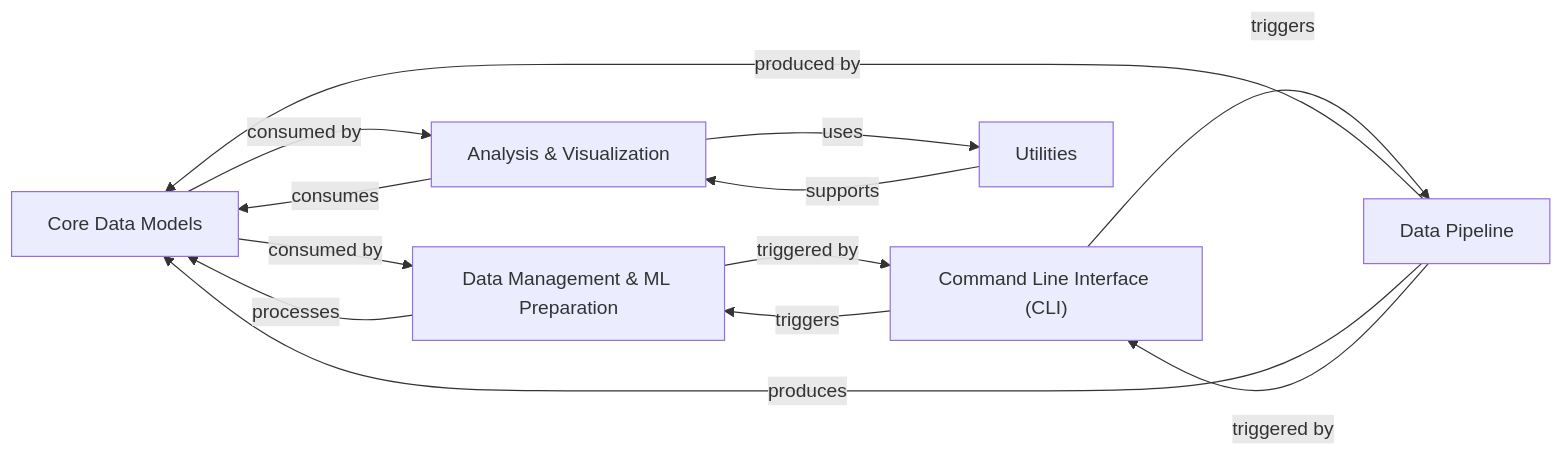
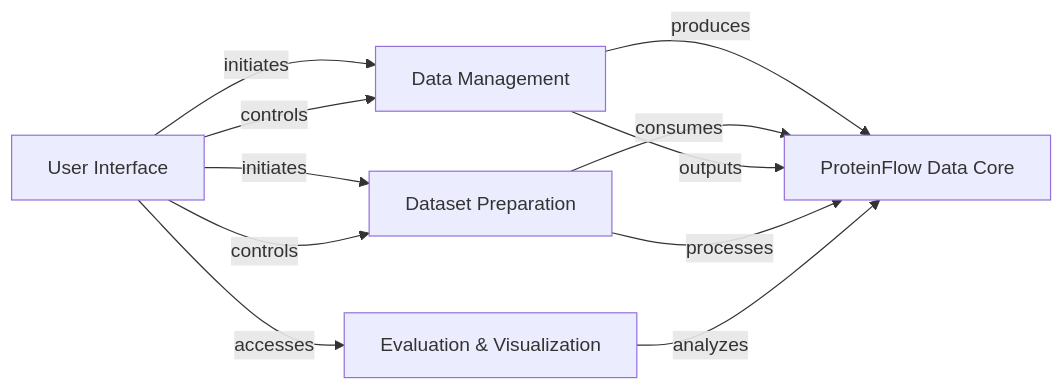
One commit to CodeBoarding/GeneratedOnBoardings changed the diagram in ProteinFlow/on_boarding.md. Above: the diagram before and after it, drawn with Mermaid. The commit also changed other lines of this file and 9 other files, not shown here.

Commit message:
Uploading onboarding materials for ProteinFlow

````diff
--- a/ProteinFlow/on_boarding.md
+++ b/ProteinFlow/on_boarding.md
@@ -1,26 +1,22 @@
 ```mermaid
 graph LR
-    Core_Data_Models["Core Data Models"]
-    Data_Pipeline["Data Pipeline"]
-    Data_Management_ML_Preparation["Data Management & ML Preparation"]
-    Analysis_Visualization["Analysis & Visualization"]
-    Command_Line_Interface_CLI_["Command Line Interface (CLI)"]
-    Utilities["Utilities"]
-    Data_Pipeline -- "produced by" --> Core_Data_Models
-    Core_Data_Models -- "consumed by" --> Data_Management_ML_Preparation
-    Core_Data_Models -- "consumed by" --> Analysis_Visualization
-    Data_Pipeline -- "produces" --> Core_Data_Models
-    Data_Pipeline -- "triggered by" --> Command_Line_Interface_CLI_
-    Data_Management_ML_Preparation -- "processes" --> Core_Data_Models
-    Data_Management_ML_Preparation -- "triggered by" --> Command_Line_Interface_CLI_
-    Analysis_Visualization -- "consumes" --> Core_Data_Models
-    Analysis_Visualization -- "uses" --> Utilities
-    Command_Line_Interface_CLI_ -- "triggers" --> Data_Pipeline
-    Command_Line_Interface_CLI_ -- "triggers" --> Data_Management_ML_Preparation
-    Utilities -- "supports" --> Analysis_Visualization
-    click Core_Data_Models href "https://github.com/CodeBoarding/GeneratedOnBoardings/blob/main//ProteinFlow/Core_Data_Models.md" "Details"
-    click Data_Pipeline href "https://github.com/CodeBoarding/GeneratedOnBoardings/blob/main//ProteinFlow/Data_Pipeline.md" "Details"
-    click Data_Management_ML_Preparation href "https://github.com/CodeBoarding/GeneratedOnBoardings/blob/main//ProteinFlow/Data_Management_ML_Preparation.md" "Details"
-    click Analysis_Visualization href "https://github.com/CodeBoarding/GeneratedOnBoardings/blob/main//ProteinFlow/Analysis_Visualization.md" "Details"
-    click Command_Line_Interface_CLI_ href "https://github.com/CodeBoarding/GeneratedOnBoardings/blob/main//ProteinFlow/Command_Line_Interface_CLI_.md" "Details"
+    ProteinFlow_Data_Core["ProteinFlow Data Core"]
+    Data_Management["Data Management"]
+    Dataset_Preparation["Dataset Preparation"]
+    Evaluation_Visualization["Evaluation & Visualization"]
+    User_Interface["User Interface"]
+    Data_Management -- "produces" --> ProteinFlow_Data_Core
+    Dataset_Preparation -- "consumes" --> ProteinFlow_Data_Core
+    User_Interface -- "initiates" --> Data_Management
+    Data_Management -- "outputs" --> ProteinFlow_Data_Core
+    User_Interface -- "initiates" --> Dataset_Preparation
+    Dataset_Preparation -- "processes" --> ProteinFlow_Data_Core
+    Evaluation_Visualization -- "analyzes" --> ProteinFlow_Data_Core
+    User_Interface -- "accesses" --> Evaluation_Visualization
+    User_Interface -- "controls" --> Data_Management
+    User_Interface -- "controls" --> Dataset_Preparation
+    click ProteinFlow_Data_Core href "https://github.com/CodeBoarding/GeneratedOnBoardings/blob/main//ProteinFlow/ProteinFlow_Data_Core.md" "Details"
+    click Dataset_Preparation href "https://github.com/CodeBoarding/GeneratedOnBoardings/blob/main//ProteinFlow/Dataset_Preparation.md" "Details"
+    click Evaluation_Visualization href "https://github.com/CodeBoarding/GeneratedOnBoardings/blob/main//ProteinFlow/Evaluation_Visualization.md" "Details"
+    click User_Interface href "https://github.com/CodeBoarding/GeneratedOnBoardings/blob/main//ProteinFlow/User_Interface.md" "Details"
 ```
````
